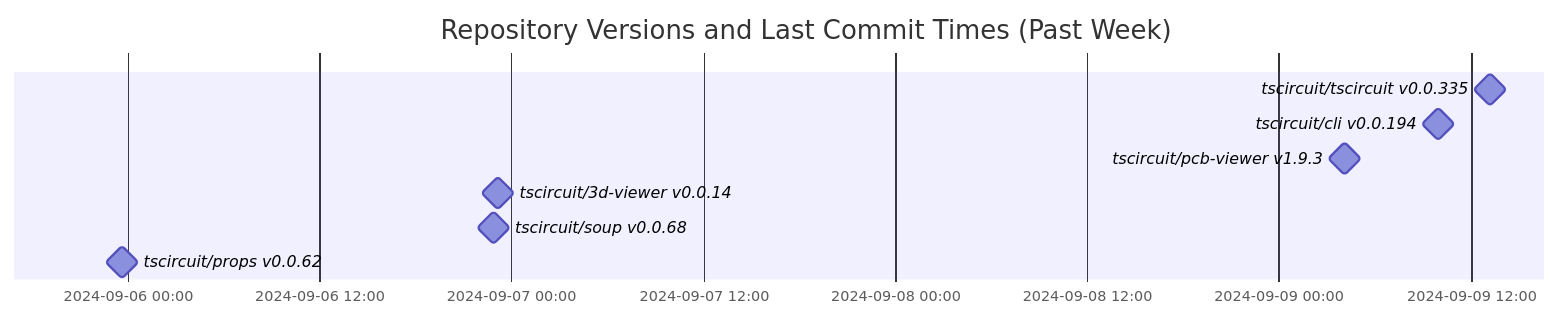
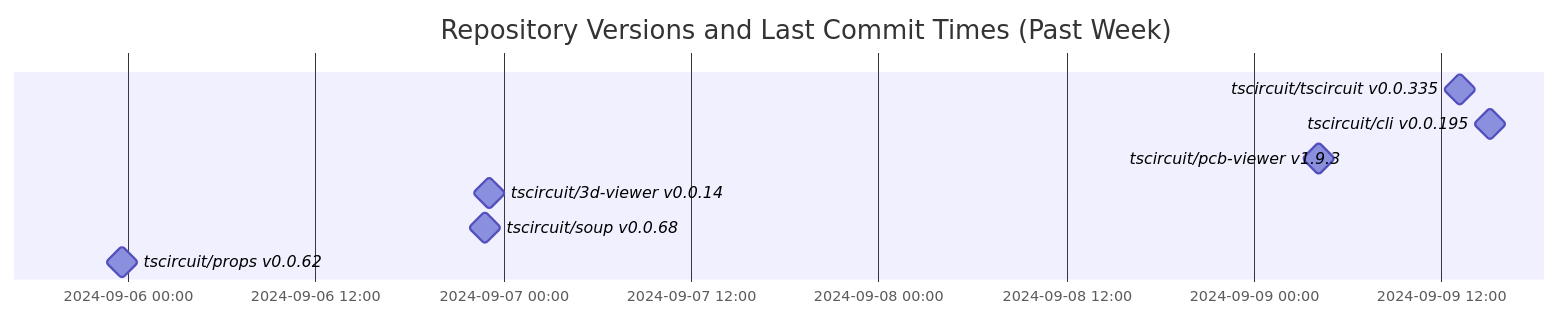
The diagram in README.md (tscircuit/version-tracker), drawn with Mermaid before and after one commit.

Commit message:
Update chart

````diff
--- a/README.md
+++ b/README.md
@@ -1,13 +1,13 @@
 ```mermaid
 gantt
   dateFormat  YYYY-MM-DD HH:mm:ss
   title Repository Versions and Last Commit Times (Past Week)
   axisFormat %Y-%m-%d %H:%M
 
   tscircuit/tscircuit v0.0.335 : milestone, 2024-09-09 13:12:11, 1s
-  tscircuit/cli v0.0.194 : milestone, 2024-09-09 09:58:47, 1s
+  tscircuit/cli v0.0.195 : milestone, 2024-09-09 15:06:03, 1s
   tscircuit/pcb-viewer v1.9.3 : milestone, 2024-09-09 04:08:34, 1s
   tscircuit/3d-viewer v0.0.14 : milestone, 2024-09-06 23:07:26, 1s
   tscircuit/soup v0.0.68 : milestone, 2024-09-06 22:51:33, 1s
   tscircuit/props v0.0.62 : milestone, 2024-09-05 23:38:33, 1s
 ```
````
